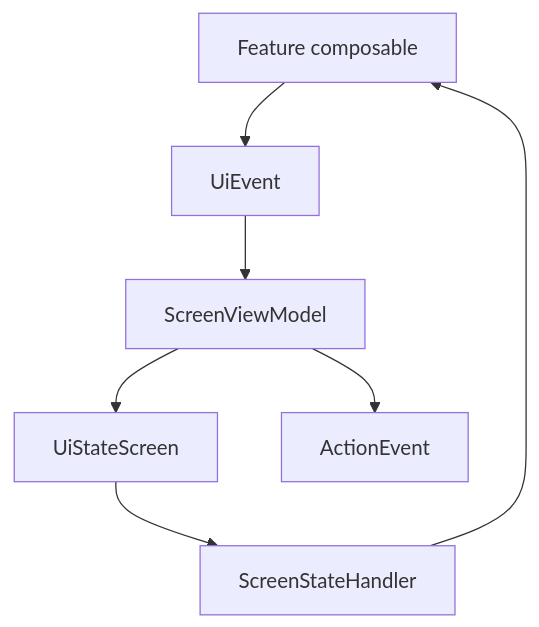
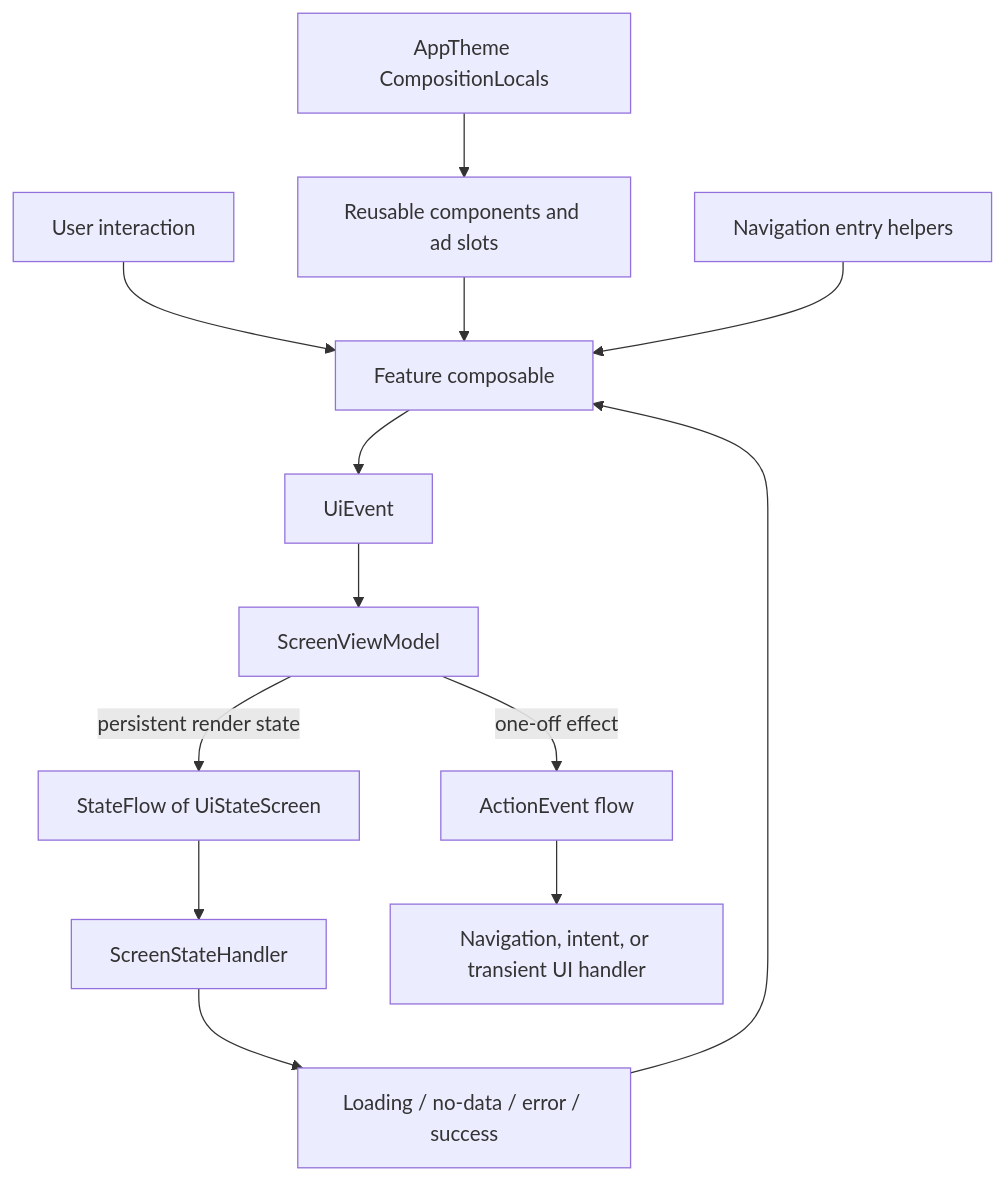
The diagram in library/core/ui/README.md (MihaiCristianCondrea/App-Toolkit-for-Android), drawn with Mermaid before and after one commit. The commit also changed other lines of this file and 57 other files, not shown here.

````diff
--- a/library/core/ui/README.md
+++ b/library/core/ui/README.md
@@ -43,9 +43,15 @@
 ```mermaid
 flowchart TD
-    Screen[Feature composable] --> Event[UiEvent]
+    User[User interaction] --> Screen[Feature composable]
+    Screen --> Event[UiEvent]
     Event --> VM[ScreenViewModel]
-    VM --> State[UiStateScreen]
-    VM --> Action[ActionEvent]
+    VM -->|persistent render state| State[StateFlow of UiStateScreen]
+    VM -->|one-off effect| Action[ActionEvent flow]
     State --> Handler[ScreenStateHandler]
-    Handler --> Screen
+    Handler --> Loading[Loading / no-data / error / success]
+    Loading --> Screen
+    Action --> Host[Navigation, intent, or transient UI handler]
+    Theme[AppTheme CompositionLocals] --> Components[Reusable components and ad slots]
+    Components --> Screen
+    Nav[Navigation entry helpers] --> Screen
 ```
````
